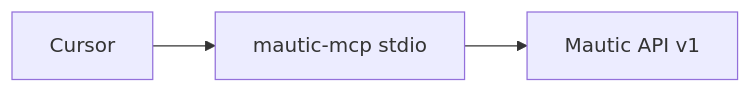
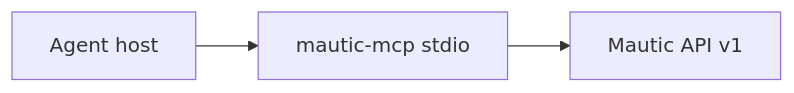
One commit to colabcolibri/mauticmcp changed the diagram in server/docs/05_architecture.md. Above: the diagram before and after it, drawn with Mermaid. The commit also changed other lines of this file and 5 other files, not shown here.

````diff
--- a/server/docs/05_architecture.md
+++ b/server/docs/05_architecture.md
@@ -22,8 +22,8 @@
 ```mermaid
 flowchart LR
-  cursor[Cursor]
+  host[Agent host]
   mcp[mautic-mcp stdio]
   mautic[Mautic API v1]
-  cursor --> mcp
+  host --> mcp
   mcp --> mautic
 ```
````
